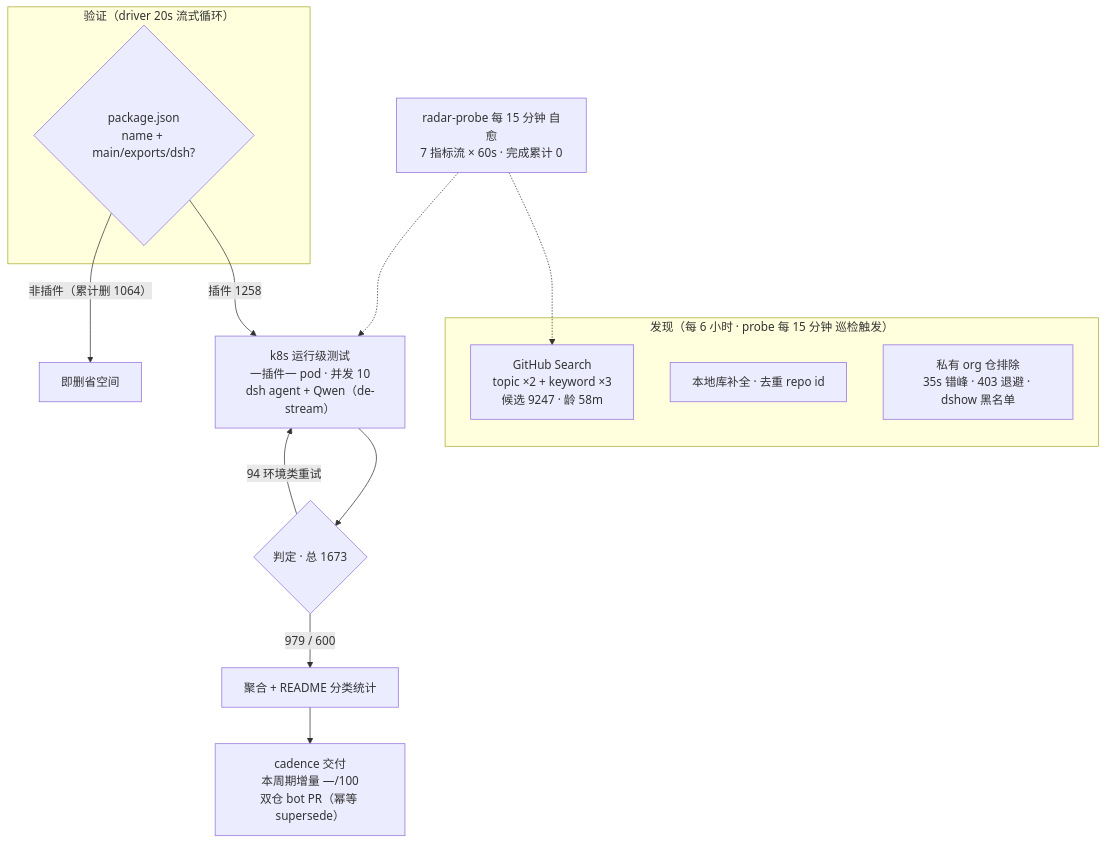
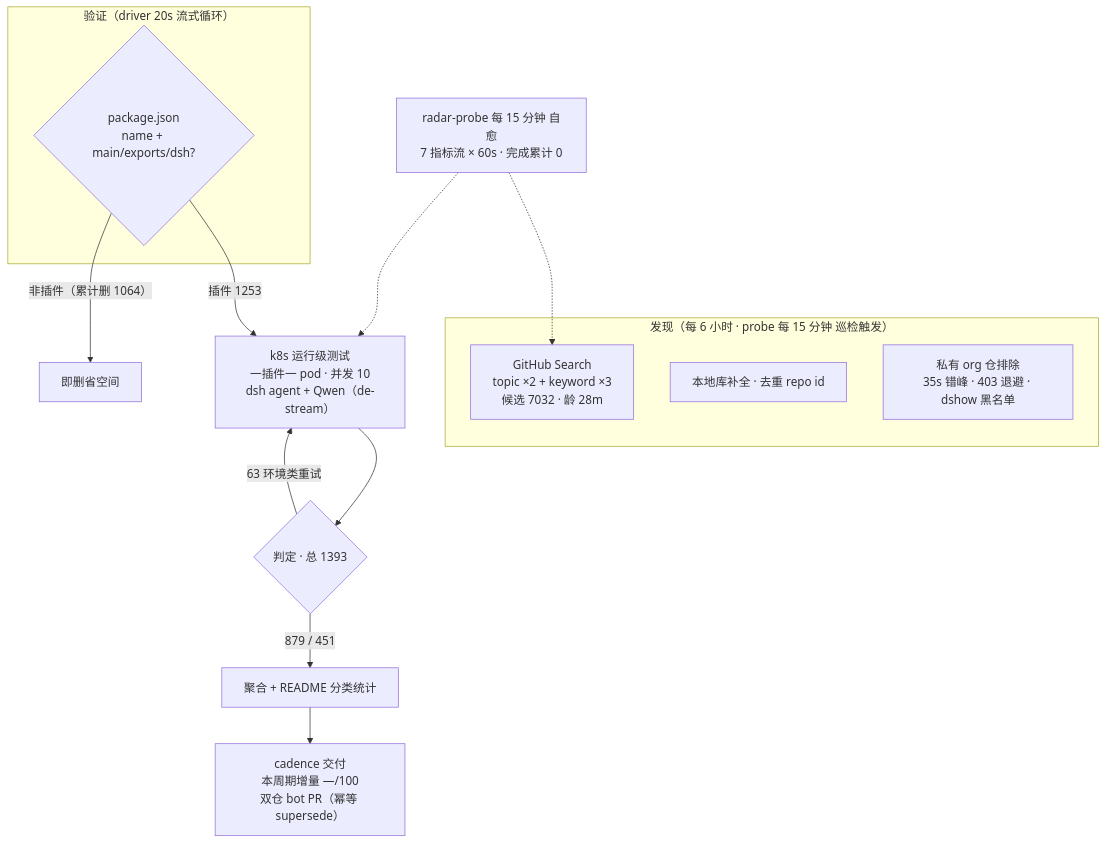
Before and after one commit to AdamPlatin123/awesome-dsh-plugins: the diagram in README.md, drawn with Mermaid. The commit also changed other lines of this file and 2 other files, not shown here.

````diff
--- a/README.md
+++ b/README.md
@@ -37,19 +37,19 @@
 ```mermaid
 flowchart TB
     subgraph Discovery[" 发现（每 6 小时 · probe 每 15 分钟 巡检触发）"]
-        A1["GitHub Search<br/>topic ×2 + keyword ×3<br/>候选 9247 · 龄 58m"]
+        A1["GitHub Search<br/>topic ×2 + keyword ×3<br/>候选 7032 · 龄 28m"]
         A2["本地库补全 · 去重 repo id"]
         A3[" 私有 org 仓排除<br/>35s 错峰 · 403 退避 · dshow 黑名单"]
     end
     subgraph Validation[" 验证（driver 20s 流式循环）"]
         B1{"package.json<br/>name + main/exports/dsh?"}
     end
-    B1 -->|"插件 1258"| C1["k8s 运行级测试<br/>一插件一 pod · 并发 10<br/>dsh agent + Qwen（de-stream）"]
+    B1 -->|"插件 1253"| C1["k8s 运行级测试<br/>一插件一 pod · 并发 10<br/>dsh agent + Qwen（de-stream）"]
     B1 -->|"非插件（累计删 1064）"| B3[" 即删省空间"]
-    C1 --> D1{"判定 · 总 1673"}
-    D1 -->|" 979 /  600"| E1["聚合 + README 分类统计"]
-    D1 -->|" 94 环境类重试"| C1
+    C1 --> D1{"判定 · 总 1393"}
+    D1 -->|" 879 /  451"| E1["聚合 + README 分类统计"]
+    D1 -->|" 63 环境类重试"| C1
     E1 --> E2["cadence 交付<br/>本周期增量 —/100<br/>双仓 bot PR（幂等 supersede）"]
     M[" radar-probe 每 15 分钟 自愈<br/>7 指标流 × 60s · 完成累计 0"] -.-> A1
     M -.-> C1
 ```
````
